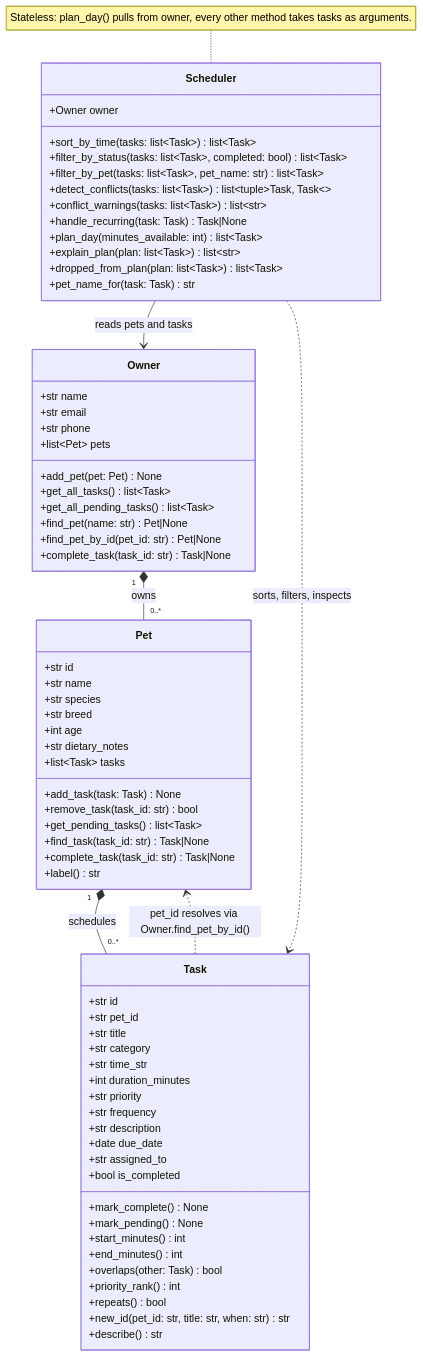
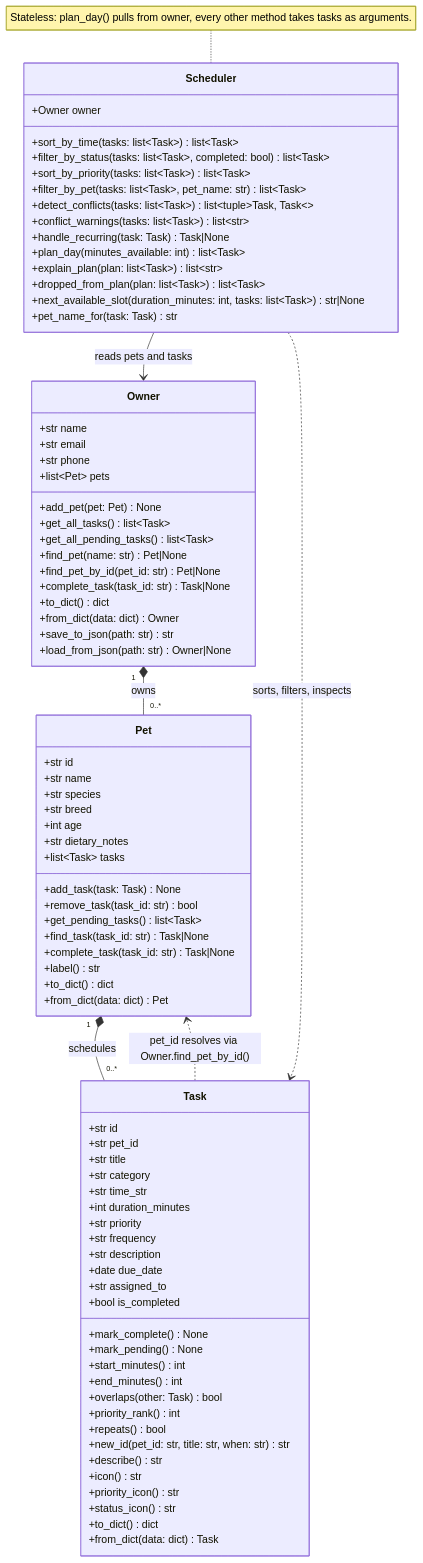
One commit to SakxamShrestha/ai110-module2show-pawpal-starter changed the diagram in diagrams/uml_final.mmd. Above: the diagram before and after it, drawn with Mermaid. The commit also changed 7 other files, not shown here.

First line of the commit message:
feat: add slot finding, JSON persistence, and formatted output

```diff
--- a/diagrams/uml_final.mmd
+++ b/diagrams/uml_final.mmd
@@ -1,88 +1,101 @@
 classDiagram
     %% PawPal+ final architecture -- matches pawpal_system.py as built.
     %% Data nests from the outside in: Owner holds Pets, Pet holds Tasks.
     %% Scheduler is a service beside that data, not a container of it.
 
     class Owner {
         +str name
         +str email
         +str phone
         +list~Pet~ pets
         +add_pet(pet: Pet) None
         +get_all_tasks() list~Task~
         +get_all_pending_tasks() list~Task~
         +find_pet(name: str) Pet|None
         +find_pet_by_id(pet_id: str) Pet|None
         +complete_task(task_id: str) Task|None
+        +to_dict() dict
+        +from_dict(data: dict) Owner
+        +save_to_json(path: str) str
+        +load_from_json(path: str) Owner|None
     }
 
     class Pet {
         +str id
         +str name
         +str species
         +str breed
         +int age
         +str dietary_notes
         +list~Task~ tasks
         +add_task(task: Task) None
         +remove_task(task_id: str) bool
         +get_pending_tasks() list~Task~
         +find_task(task_id: str) Task|None
         +complete_task(task_id: str) Task|None
         +label() str
+        +to_dict() dict
+        +from_dict(data: dict) Pet
     }
 
     class Task {
         +str id
         +str pet_id
         +str title
         +str category
         +str time_str
         +int duration_minutes
         +str priority
         +str frequency
         +str description
         +date due_date
         +str assigned_to
         +bool is_completed
         +mark_complete() None
         +mark_pending() None
         +start_minutes() int
         +end_minutes() int
         +overlaps(other: Task) bool
         +priority_rank() int
         +repeats() bool
         +new_id(pet_id: str, title: str, when: str) str
         +describe() str
+        +icon() str
+        +priority_icon() str
+        +status_icon() str
+        +to_dict() dict
+        +from_dict(data: dict) Task
     }
 
     class Scheduler {
         +Owner owner
         +sort_by_time(tasks: list~Task~) list~Task~
         +filter_by_status(tasks: list~Task~, completed: bool) list~Task~
+        +sort_by_priority(tasks: list~Task~) list~Task~
         +filter_by_pet(tasks: list~Task~, pet_name: str) list~Task~
         +detect_conflicts(tasks: list~Task~) list~tuple~Task, Task~~
         +conflict_warnings(tasks: list~Task~) list~str~
         +handle_recurring(task: Task) Task|None
         +plan_day(minutes_available: int) list~Task~
         +explain_plan(plan: list~Task~) list~str~
         +dropped_from_plan(plan: list~Task~) list~Task~
+        +next_available_slot(duration_minutes: int, tasks: list~Task~) str|None
         +pet_name_for(task: Task) str
     }
 
     %% Composition: deleting a pet takes its tasks with it, and a task has no
     %% meaning without the pet it belongs to.
     Owner "1" *-- "0..*" Pet : owns
     Pet "1" *-- "0..*" Task : schedules
 
     %% Task stores pet_id rather than a Pet reference, which is what lets
     %% Owner.get_all_tasks() hand the Scheduler one flat list while the UI can
     %% still resolve a task back to its pet for display.
     Task ..> Pet : pet_id resolves via Owner.find_pet_by_id()
 
     %% Dependency, not ownership: the Scheduler reads the household and returns
     %% results. It stores no tasks, so it can be tested on a hand-built list.
     Scheduler --> Owner : reads pets and tasks
     Scheduler ..> Task : sorts, filters, inspects
 
     note for Scheduler "Stateless: plan_day() pulls from owner, every other method takes tasks as arguments."
```
